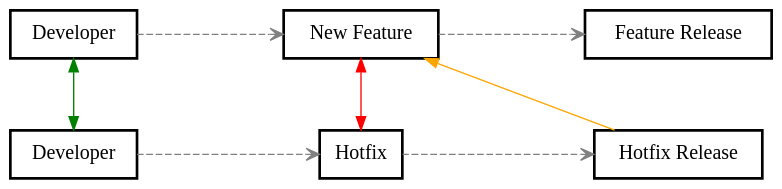
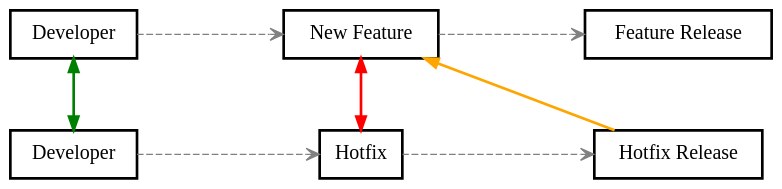
Before and after one commit to Gepardec/git-training: the diagram in slides/intro/src/docs/asciidoc/graphviz/git-scenario.dot, drawn with Graphviz. The commit also changed 31 other files, not shown here.

Commit message:
Removed unused graphviz files. Modified all graphviz graphs to use bold nodes and arrows. Little changes in slides

```diff
--- a/slides/intro/src/docs/asciidoc/graphviz/git-scenario.dot
+++ b/slides/intro/src/docs/asciidoc/graphviz/git-scenario.dot
@@ -1,31 +1,31 @@
 digraph git_branch_model {
-  splines=line
-  rankdir="LR"
-  bgcolor="transparent"
+    splines=line
+    rankdir="LR"
+    bgcolor="transparent"
 
-  /* Global Node/Edge config */
-  edge[arrowhead=open]
+    /* Global Node/Edge config */
+    edge[arrowhead=open,style=bold]
 
-  node[ fontsize=15.0,style="bold", shape=rect]
-  dev_1 [label="Developer", group="dev_1"]
-  feature[label="New Feature", group="dev_1"]
-  feature_release[label="Feature Release", group="dev_1"]
-  dev_2 [label="Developer", group="dev_2"]
-  hotfix[label="Hotfix", group="dev_2"]
-  hotfix_release[label="Hotfix Release", group="dev_2"]
+    node[ fontsize=15.0,shape=rect,style=bold]
+    dev_1 [label="Developer", group="dev_1"]
+    feature[label="New Feature", group="dev_1"]
+    feature_release[label="Feature Release", group="dev_1"]
+    dev_2 [label="Developer", group="dev_2"]
+    hotfix[label="Hotfix", group="dev_2"]
+    hotfix_release[label="Hotfix Release", group="dev_2"]
 
-  /* Developer flow */
-  edge[arrowhead=open, style="dashed",color=gray, minlen=3]
-  dev_2 -> hotfix -> hotfix_release
-  dev_1 -> feature -> feature_release
+    /* Developer flow */
+    edge[arrowhead=open, style="dashed",color=gray, minlen=3]
+    dev_2 -> hotfix -> hotfix_release
+    dev_1 -> feature -> feature_release
 
-  /* Relations  */
-  edge[arrowhead="", fontsize=15.0, style="", color="", minlen=3]
-  dev_1 -> dev_2 [dir=both, color="green"]
-  feature -> hotfix [dir=both, color="red"]
-  feature -> hotfix_release [dir=back, color="orange"]
+    /* Relations  */
+    edge[arrowhead="", fontsize=15.0, style=bold, color="", minlen=3]
+    dev_1 -> dev_2 [dir=both, color="green"]
+    feature -> hotfix [dir=both, color="red"]
+    feature -> hotfix_release [dir=back, color="orange"]
 
-  {rank=same; dev_1 dev_2}
-  {rank=same; feature hotfix}
-  {rank=same; feature_release hotfix_release}
+    {rank=same; dev_1 dev_2}
+    {rank=same; feature hotfix}
+    {rank=same; feature_release hotfix_release}
 }
```
